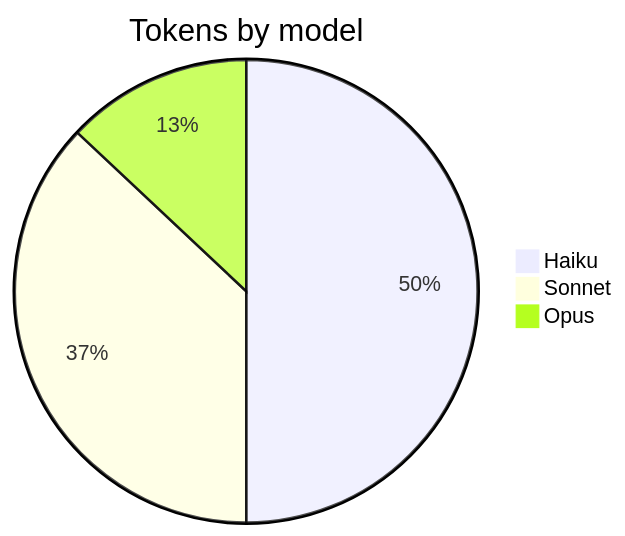
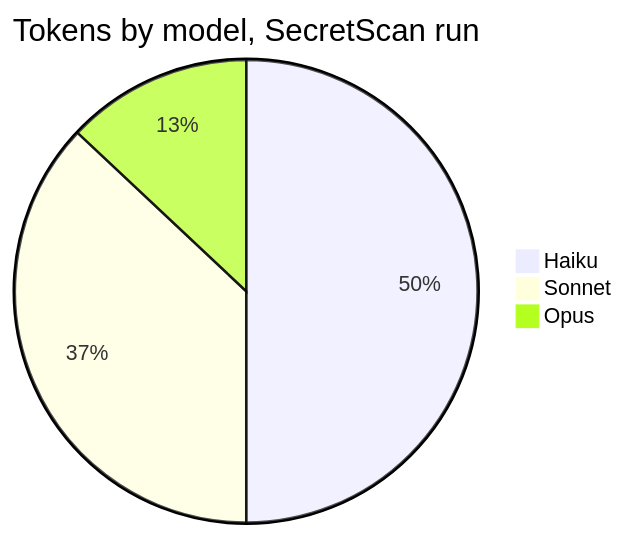
One commit to manishjnv/AutoPilot changed the fifth of 5 diagrams in ARCHITECTURE.md. Above: the diagram before and after it, drawn with Mermaid. The commit also changed other lines of this file and 5 other files, not shown here.

````diff
--- a/ARCHITECTURE.md
+++ b/ARCHITECTURE.md
@@ -86,6 +102,8 @@
 ```mermaid
-pie title Tokens by model
+pie title Tokens by model, SecretScan run
+    accTitle: Tokens by model in the SecretScan run
+    accDescr: Haiku used 50 percent of the tokens, Sonnet 37 percent and Opus 13 percent.
     "Haiku" : 50
     "Sonnet" : 37
     "Opus" : 13
 ```
````
